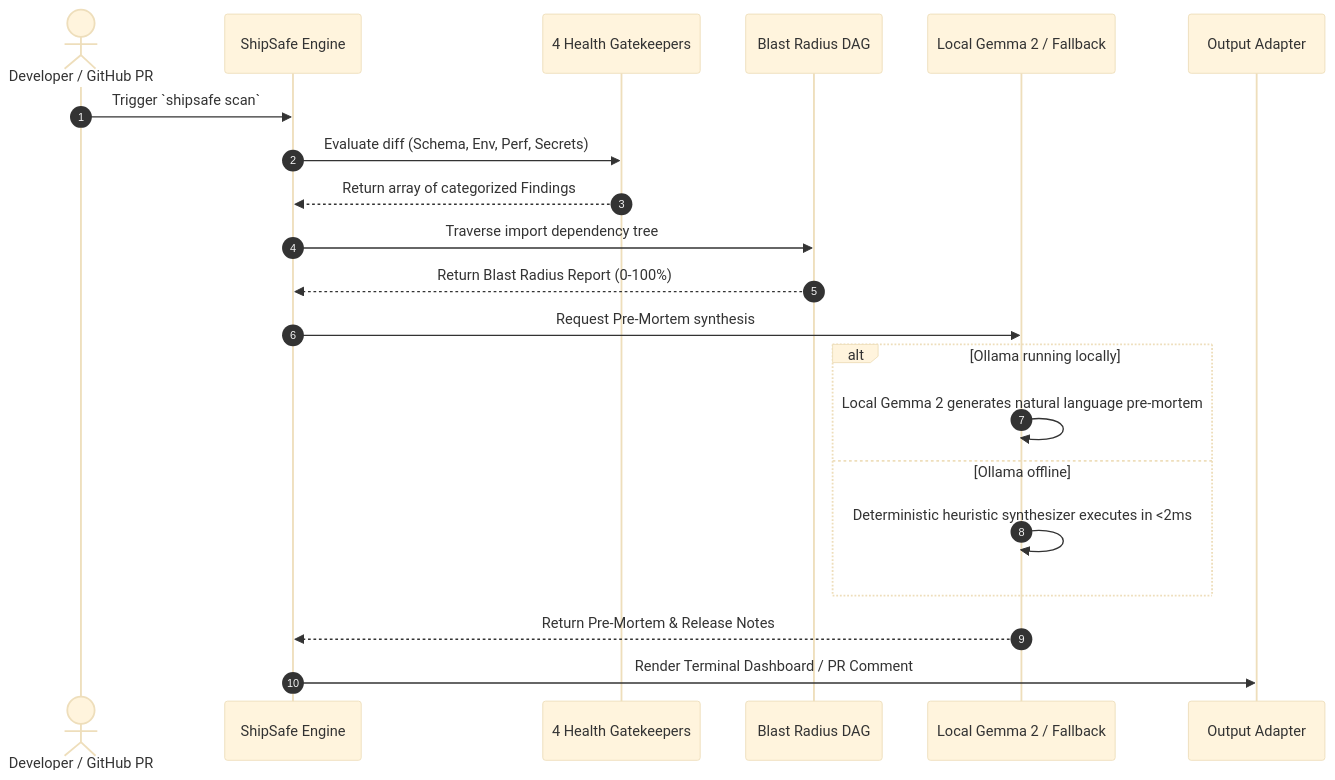
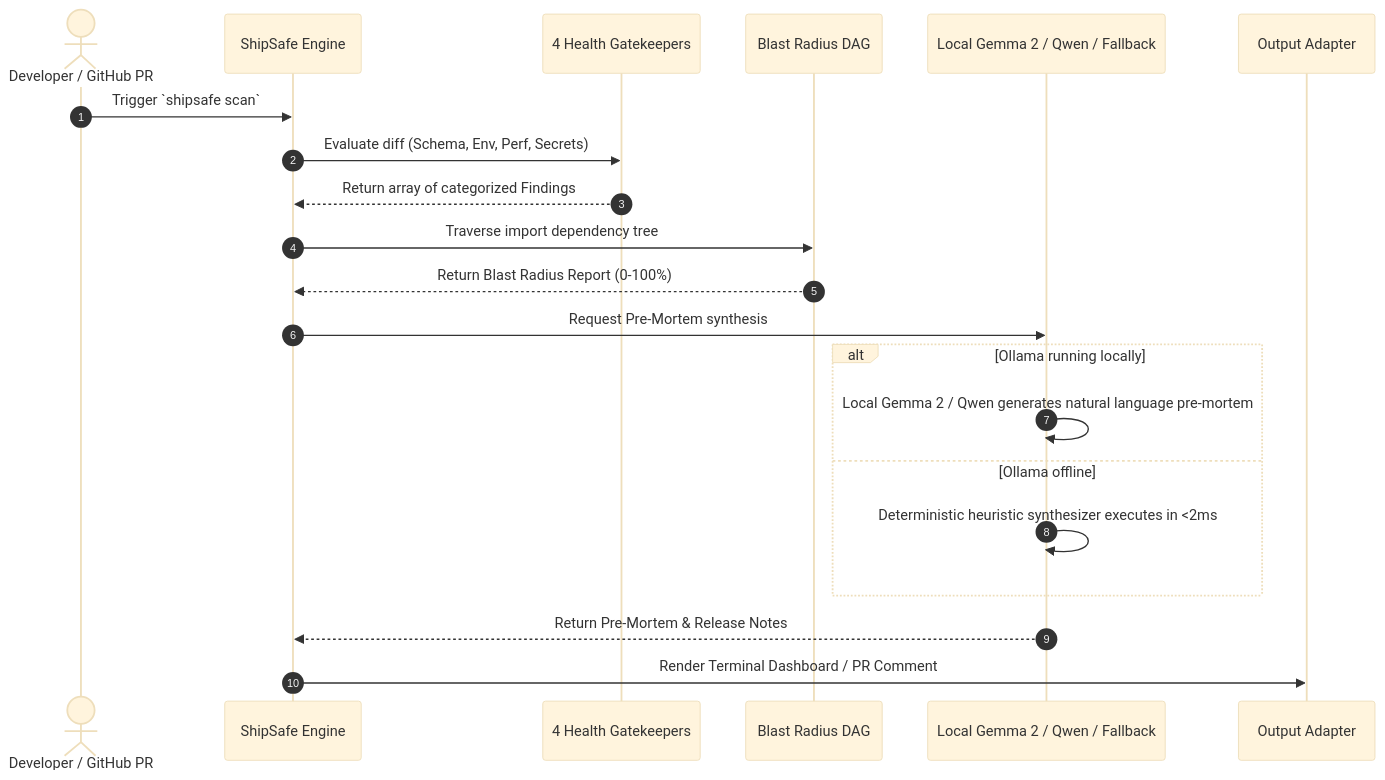
One commit to stillzepta/shipsafe changed the diagram in docs/ARCHITECTURE.md. Above: the diagram before and after it, drawn with Mermaid (base theme). The commit also changed other lines of this file and 7 other files, not shown here.

Commit message:
docs: synchronize AI stack, runbook ports, and architecture specs

````diff
--- a/docs/ARCHITECTURE.md
+++ b/docs/ARCHITECTURE.md
@@ -105,24 +106,24 @@
 ```mermaid
 sequenceDiagram
     autonumber
     actor Dev as Developer / GitHub PR
     participant CLI as ShipSafe Engine
     participant Gate as 4 Health Gatekeepers
     participant Blast as Blast Radius DAG
-    participant AI as Local Gemma 2 / Fallback
+    participant AI as Local Gemma 2 / Qwen / Fallback
     participant Out as Output Adapter
 
     Dev->>CLI: Trigger `shipsafe scan`
     CLI->>Gate: Evaluate diff (Schema, Env, Perf, Secrets)
     Gate-->>CLI: Return array of categorized Findings
     CLI->>Blast: Traverse import dependency tree
     Blast-->>CLI: Return Blast Radius Report (0-100%)
     CLI->>AI: Request Pre-Mortem synthesis
     alt Ollama running locally
-        AI->>AI: Local Gemma 2 generates natural language pre-mortem
+        AI->>AI: Local Gemma 2 / Qwen generates natural language pre-mortem
     else Ollama offline
         AI->>AI: Deterministic heuristic synthesizer executes in <2ms
     end
     AI-->>CLI: Return Pre-Mortem & Release Notes
     CLI->>Out: Render Terminal Dashboard / PR Comment
 ```
````
